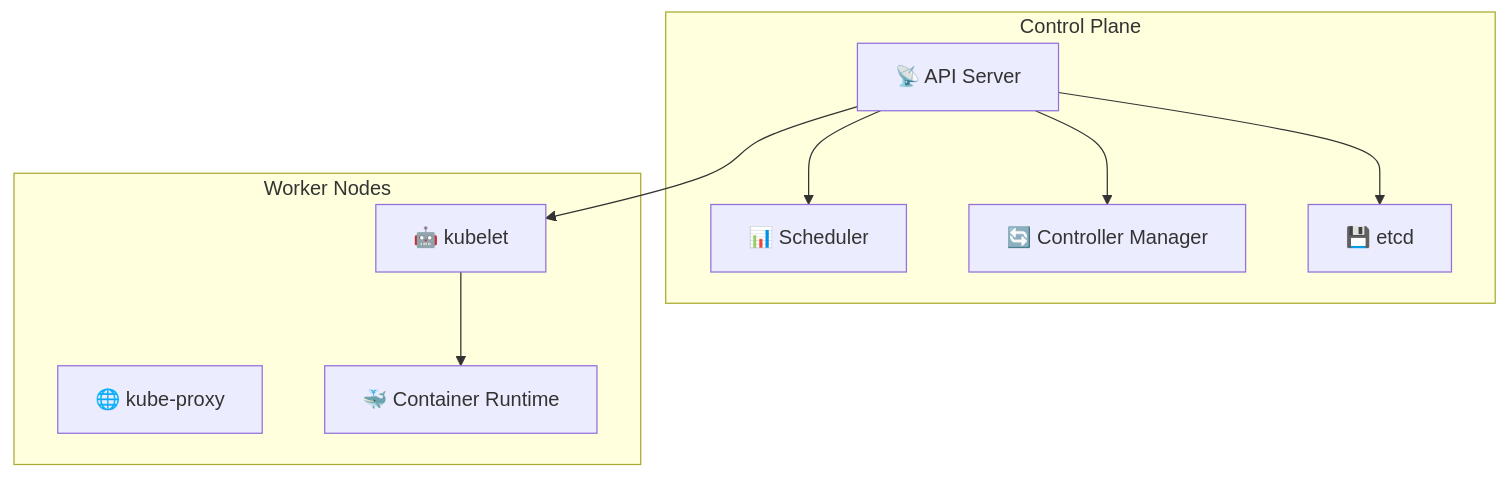
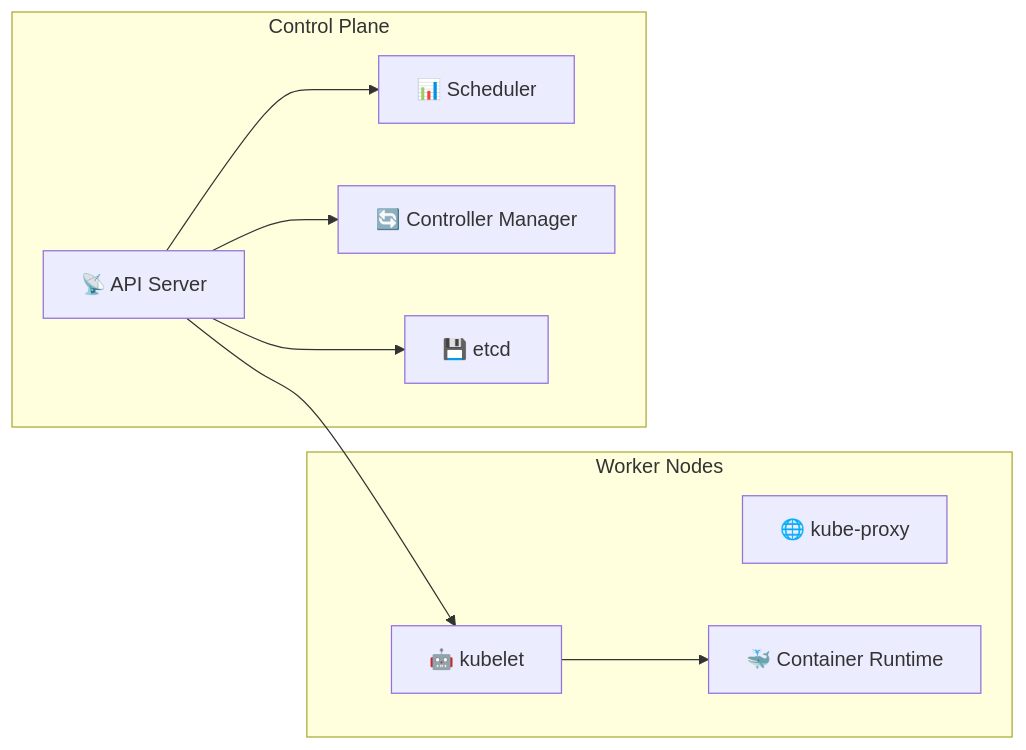
Before and after one commit to inno-devops-labs/DevOps-Core-Course: the seventh of 17 diagrams in lectures/lec9.md, drawn with Mermaid. The commit also changed other lines of this file and 14 other files, not shown here.

First line of the commit message:
Merge pull request #3565 from LocalT0aster/fix-flowcharts

````diff
--- a/lectures/lec9.md
+++ b/lectures/lec9.md
@@ -211,19 +213,19 @@
 ```mermaid
-flowchart TD
-  subgraph Control Plane
+flowchart LR
+  subgraph "Worker Nodes"
+    Kubelet[🤖 kubelet]
+    Proxy[🌐 kube-proxy]
+    Runtime[🐳 Container Runtime]
+  end
+  subgraph "Control Plane"
     API[📡 API Server]
     Scheduler[📊 Scheduler]
     Controller[🔄 Controller Manager]
     ETCD[💾 etcd]
-  end
-  subgraph Worker Nodes
-    Kubelet[🤖 kubelet]
-    Proxy[🌐 kube-proxy]
-    Runtime[🐳 Container Runtime]
   end
   API --> Scheduler
   API --> Controller
   API --> ETCD
   API --> Kubelet
   Kubelet --> Runtime
 ```
````
